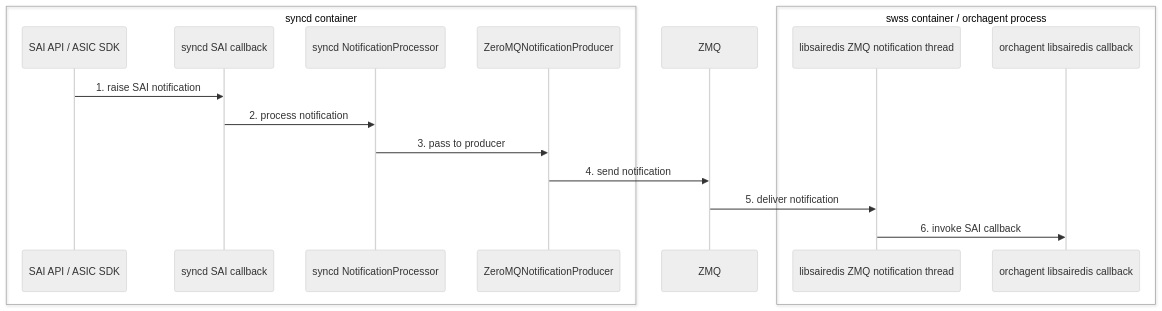
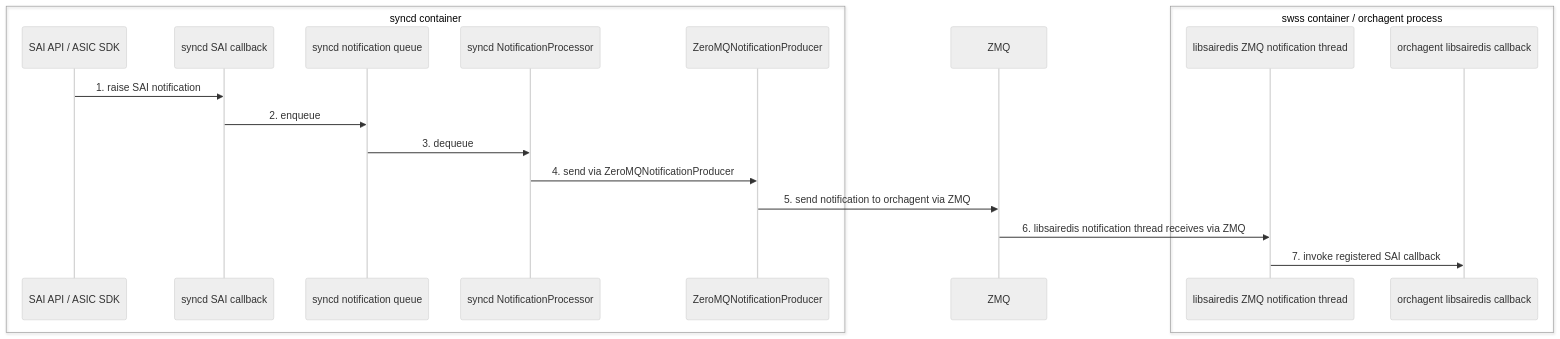
The sixth of 10 diagrams in hld/zmq-southbound-sai-notification-handling.md (sonic-net/sonic-buildimage), drawn with Mermaid (neutral theme) before and after one commit. The commit also changed other lines of this file, not shown here.

First line of the commit message:
Update ZMQ SAI notification Option 3 HLD

````diff
--- a/hld/zmq-southbound-sai-notification-handling.md
+++ b/hld/zmq-southbound-sai-notification-handling.md
@@ -375,23 +437,25 @@
 ```mermaid
 sequenceDiagram
     box syncd container
         participant SaiApi as SAI API / ASIC SDK
         participant SyncdCb as syncd SAI callback
+        participant NtfQueue as syncd notification queue
         participant Processor as syncd NotificationProcessor
         participant ZmqProducer as ZeroMQNotificationProducer
     end
 
     participant ZMQ as ZMQ
 
     box swss container / orchagent process
         participant ZmqThread as libsairedis ZMQ notification thread
         participant Callback as orchagent libsairedis callback
     end
 
     SaiApi->>SyncdCb: 1. raise SAI notification
-    SyncdCb->>Processor: 2. process notification
-    Processor->>ZmqProducer: 3. pass to producer
-    ZmqProducer->>ZMQ: 4. send notification
-    ZMQ->>ZmqThread: 5. deliver notification
-    ZmqThread->>Callback: 6. invoke SAI callback
+    SyncdCb->>NtfQueue: 2. enqueue
+    NtfQueue->>Processor: 3. dequeue
+    Processor->>ZmqProducer: 4. send via ZeroMQNotificationProducer
+    ZmqProducer->>ZMQ: 5. send notification to orchagent via ZMQ
+    ZMQ->>ZmqThread: 6. libsairedis notification thread receives via ZMQ
+    ZmqThread->>Callback: 7. invoke registered SAI callback
 ```
````
